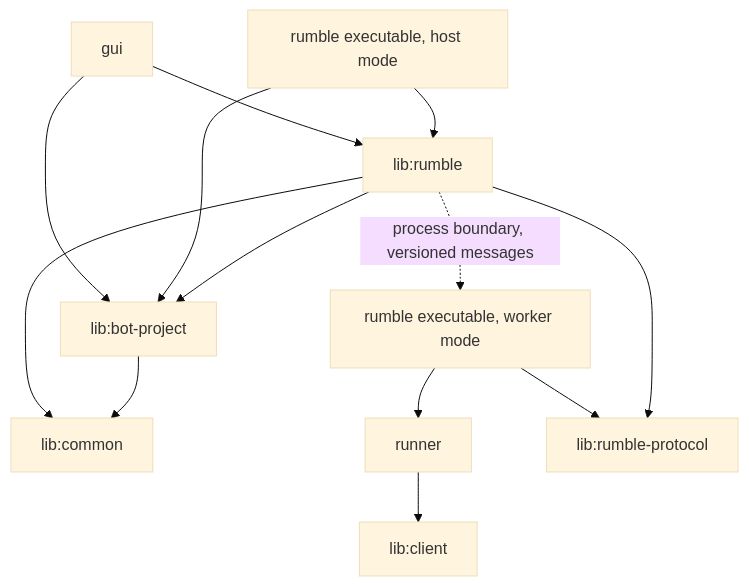
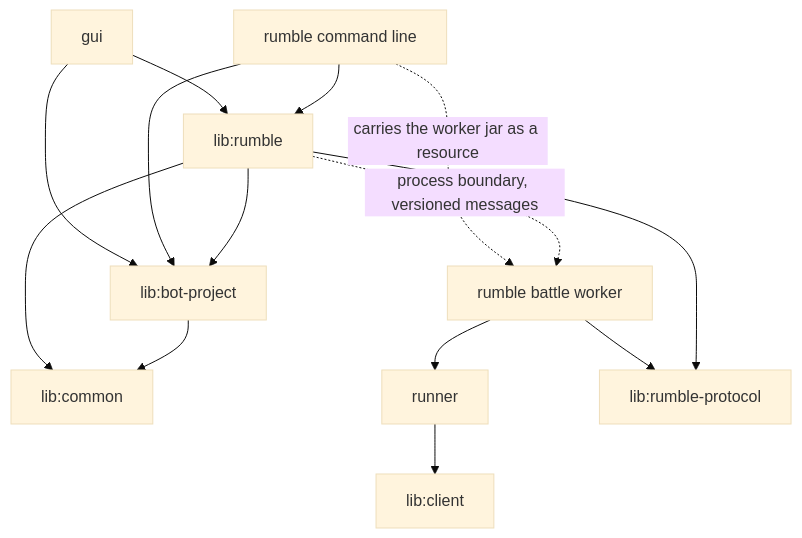
One commit to robocode-dev/tank-royale changed the second of 2 diagrams in docs/design/rumble/participation.md. Above: the diagram before and after it, drawn with Mermaid (base theme). The commit also changed other lines of this file and 20 other files, not shown here.

Commit message:
A runnable rumble command line program with a machine-readable first set of commands (CH-082)

````diff
--- a/docs/design/rumble/participation.md
+++ b/docs/design/rumble/participation.md
@@ -43,15 +44,16 @@
 ```mermaid
 flowchart TD
     GUI[gui] --> RUMBLE[lib:rumble]
     GUI --> BOTPROJECT[lib:bot-project]
-    CLI[rumble executable, host mode] --> RUMBLE
+    CLI[rumble command line] --> RUMBLE
     CLI --> BOTPROJECT
     RUMBLE --> BOTPROJECT
     RUMBLE --> COMMON[lib:common]
     BOTPROJECT --> COMMON
-    WORKER[rumble executable, worker mode] --> RUNNER[runner]
+    CLI -. carries the worker jar as a resource .-> WORKER
+    WORKER[rumble battle worker] --> RUNNER[runner]
     WORKER --> PROTOCOL[lib:rumble-protocol]
     RUMBLE --> PROTOCOL
     RUMBLE -. process boundary, versioned messages .-> WORKER
     RUNNER --> CLIENT[lib:client]
 ```
````
